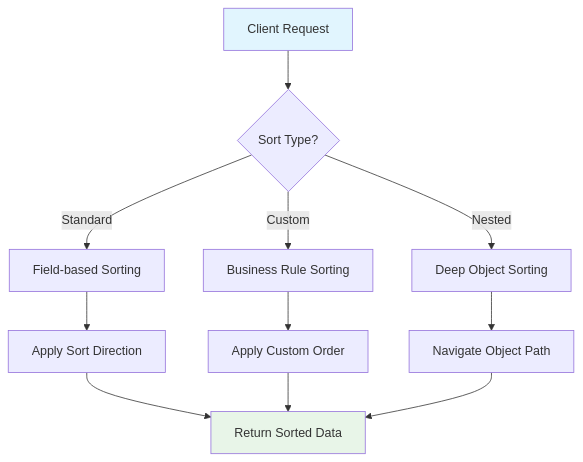
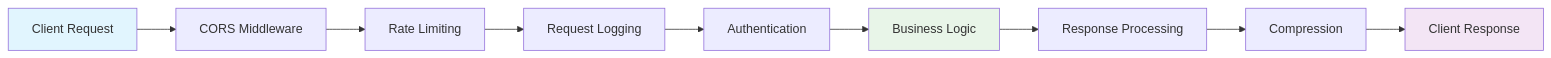
The fifth of 7 diagrams in app/docs/03_intermediate/04-implementation-examples/page.mdx (ridwanspace/restful-fastapi-guideline), drawn with Mermaid before and after one commit. The commit also changed other lines of this file and 2 other files, not shown here.

````diff
--- a/app/docs/03_intermediate/04-implementation-examples/page.mdx
+++ b/app/docs/03_intermediate/04-implementation-examples/page.mdx
@@ -866,18 +801,15 @@
 ```mermaid
-graph TD
-    A[Client Request] --> B{Sort Type?}
-    B -->|Standard| C[Field-based Sorting]
-    B -->|Custom| D[Business Rule Sorting]
-    B -->|Nested| E[Deep Object Sorting]
-    
-    C --> F[Apply Sort Direction]
-    D --> G[Apply Custom Order]
-    E --> H[Navigate Object Path]
-    
-    F --> I[Return Sorted Data]
-    G --> I
-    H --> I
+graph LR
+    A[Client Request] --> B[CORS Middleware]
+    B --> C[Rate Limiting]
+    C --> D[Request Logging]
+    D --> E[Authentication]
+    E --> F[Business Logic]
+    F --> G[Response Processing]
+    G --> H[Compression]
+    H --> I[Client Response]
     
     style A fill:#e1f5fe
-    style I fill:#e8f5e8
+    style F fill:#e8f5e8
+    style I fill:#f3e5f5
 ```
````
